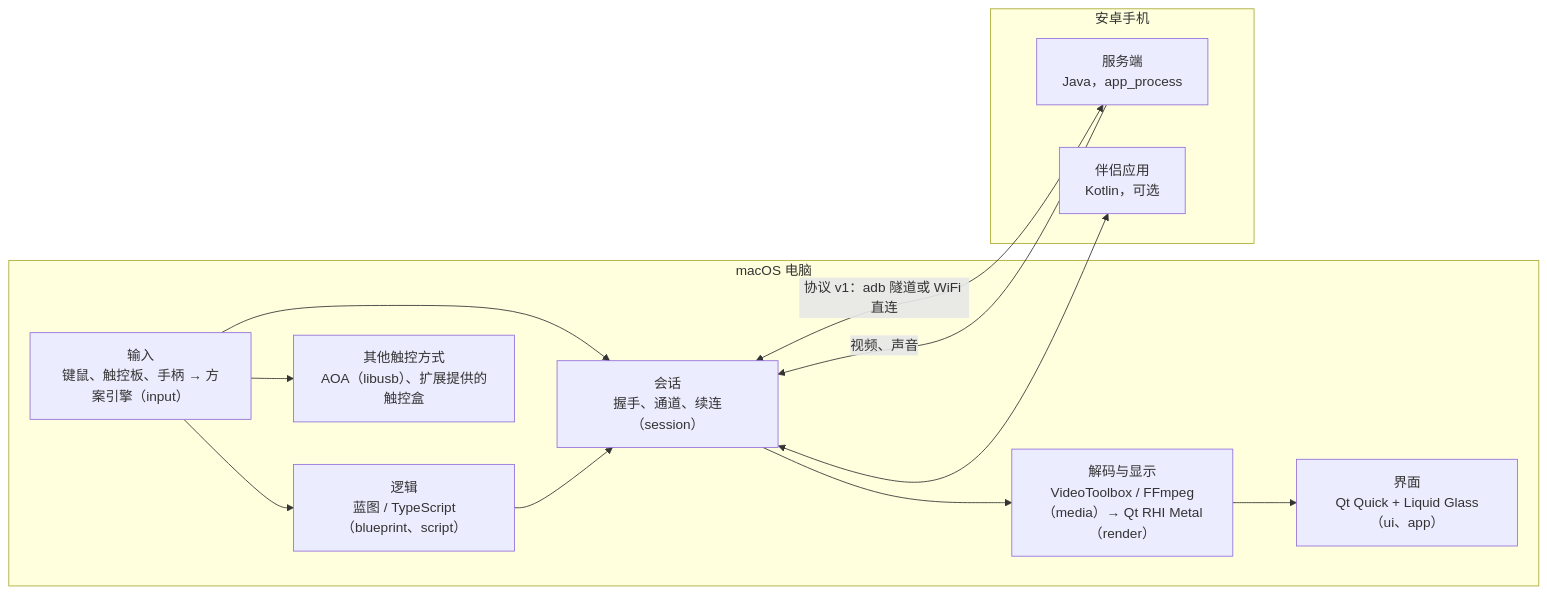
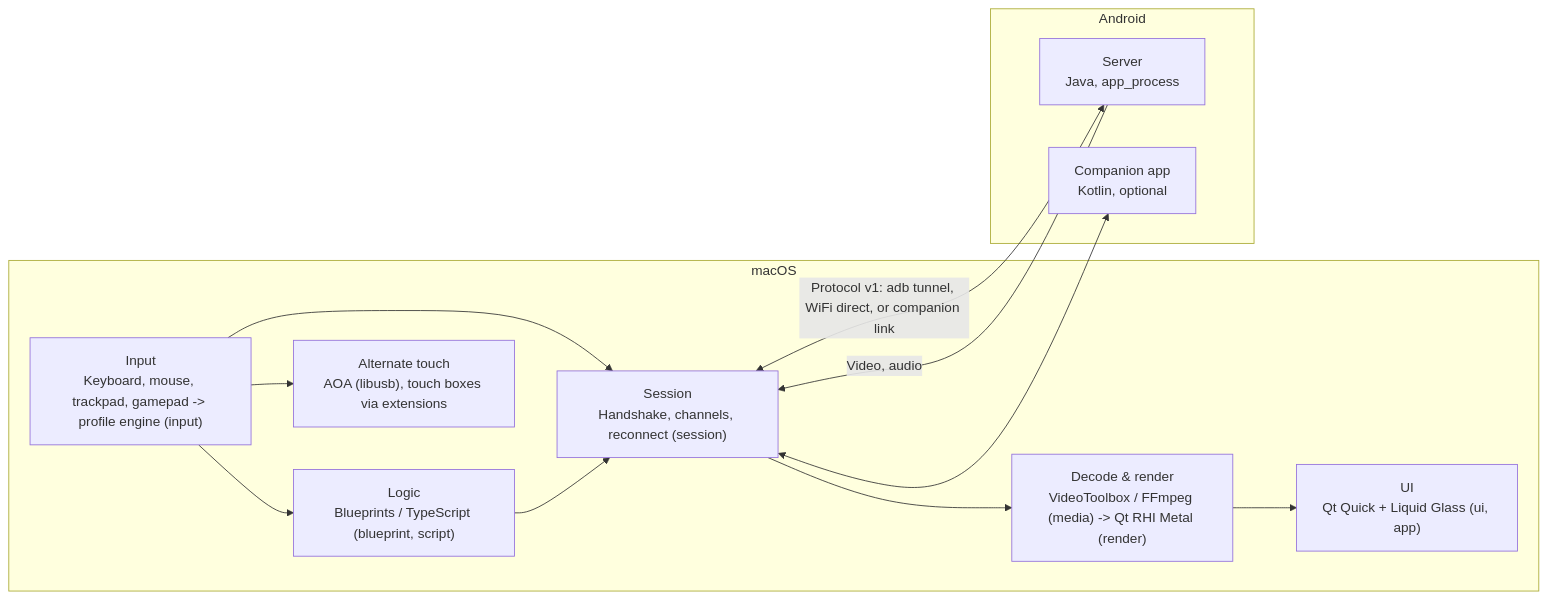
The diagram in docs/architecture.md (wyb-070110/GameScrcpy-macos), drawn with Mermaid before and after one commit. The commit also changed other lines of this file and 32 other files, not shown here.

````diff
--- a/docs/architecture.md
+++ b/docs/architecture.md
@@ -7,23 +7,23 @@
 ```mermaid
 flowchart LR
-    subgraph Mac["macOS 电脑"]
-        UI["界面<br/>Qt Quick + Liquid Glass（ui、app）"]
-        IN["输入<br/>键鼠、触控板、手柄 → 方案引擎（input）"]
-        LG["逻辑<br/>蓝图 / TypeScript（blueprint、script）"]
-        SS["会话<br/>握手、通道、续连（session）"]
-        MD["解码与显示<br/>VideoToolbox / FFmpeg（media）→ Qt RHI Metal（render）"]
-        HW["其他触控方式<br/>AOA（libusb）、扩展提供的触控盒"]
+    subgraph Mac["macOS"]
+        UI["UI<br/>Qt Quick + Liquid Glass (ui, app)"]
+        IN["Input<br/>Keyboard, mouse, trackpad, gamepad -> profile engine (input)"]
+        LG["Logic<br/>Blueprints / TypeScript (blueprint, script)"]
+        SS["Session<br/>Handshake, channels, reconnect (session)"]
+        MD["Decode & render<br/>VideoToolbox / FFmpeg (media) -> Qt RHI Metal (render)"]
+        HW["Alternate touch<br/>AOA (libusb), touch boxes via extensions"]
     end
-    subgraph Phone["安卓手机"]
-        SV["服务端<br/>Java，app_process"]
-        CP["伴侣应用<br/>Kotlin，可选"]
+    subgraph Phone["Android"]
+        SV["Server<br/>Java, app_process"]
+        CP["Companion app<br/>Kotlin, optional"]
     end
     IN --> LG
     IN --> SS
     LG --> SS
     IN --> HW
-    SS <-->|"协议 v1：adb 隧道或 WiFi 直连"| SV
-    SV -->|"视频、声音"| SS
+    SS <-->|"Protocol v1: adb tunnel, WiFi direct, or companion link"| SV
+    SV -->|"Video, audio"| SS
     SS --> MD --> UI
     SS <--> CP
 ```
````
